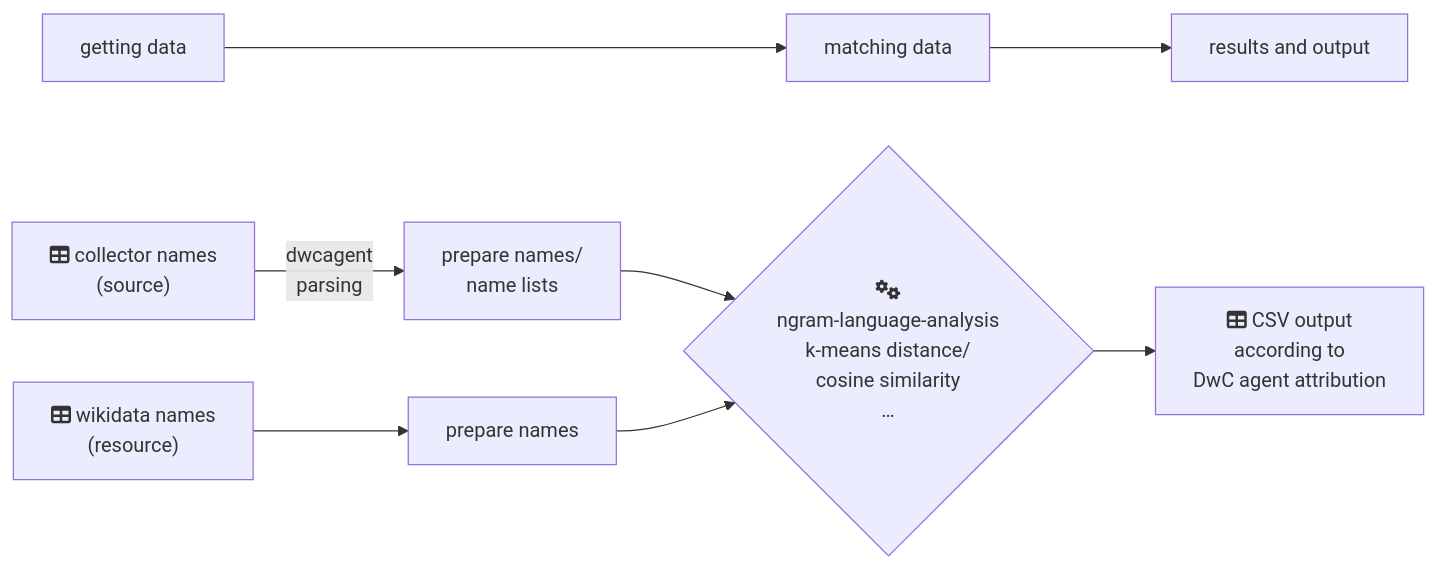
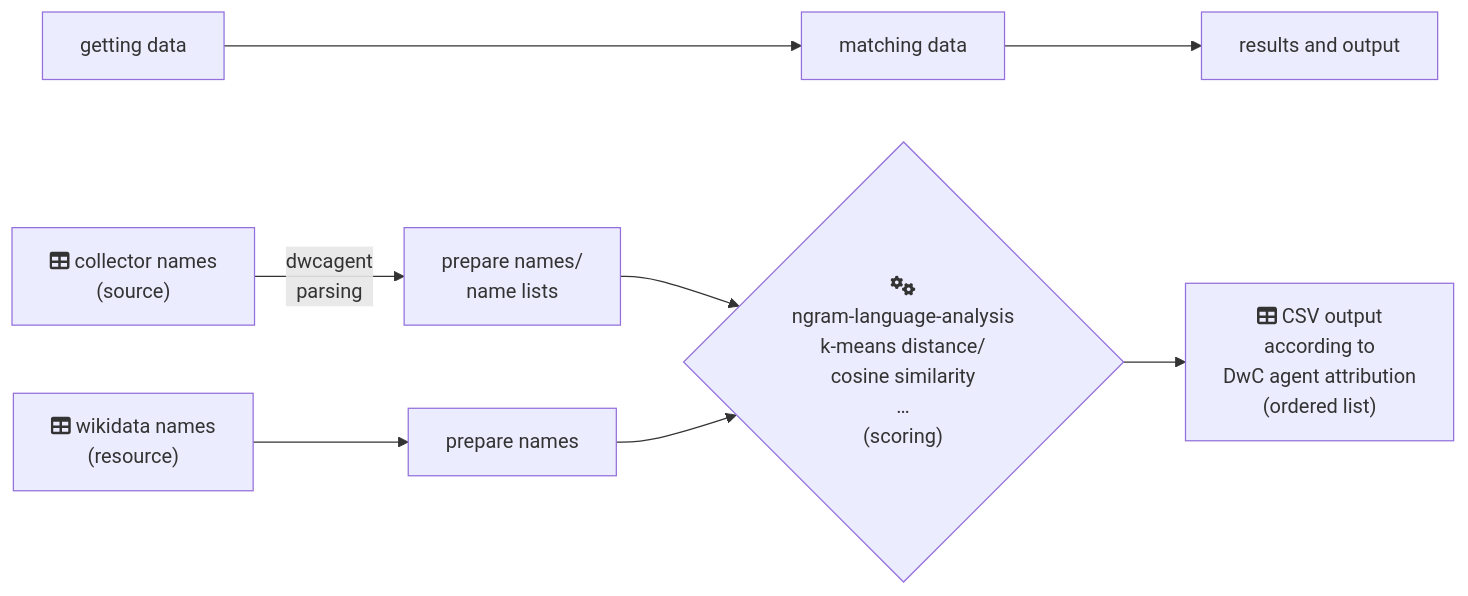
Before and after one commit to infinite-dao/collector-matching: the diagram in README.md, drawn with Mermaid. The commit also changed other lines of this file and 68 other files, not shown here.

````diff
--- a/README.md
+++ b/README.md
@@ -33,9 +79,9 @@
 ```mermaid
 flowchart LR
     get_data["getting data"] ---> match_data["matching data"] --> results["results and output"]
     source["fa:fa-table collector names\n(source)"] -->|dwcagent\nparsing| prepareSource["prepare names/\nname lists"]
     resource["fa:fa-table wikidata names\n(resource)"] --> prepareResource["prepare names"]
-    prepareSource --> matching{"fa:fa-cogs\nngram-language-analysis\nk-means distance/\ncosine similarity\n…"}
+    prepareSource --> matching{"fa:fa-cogs\nngram-language-analysis\nk-means distance/\ncosine similarity\n…\n(scoring)"}
     prepareResource --> matching
-    matching --> CSVoutput["fa:fa-table CSV output\naccording to \nDwC agent attribution"]
+    matching --> CSVoutput["fa:fa-table CSV output\naccording to \nDwC agent attribution\n(ordered list)"]
 ```
````
